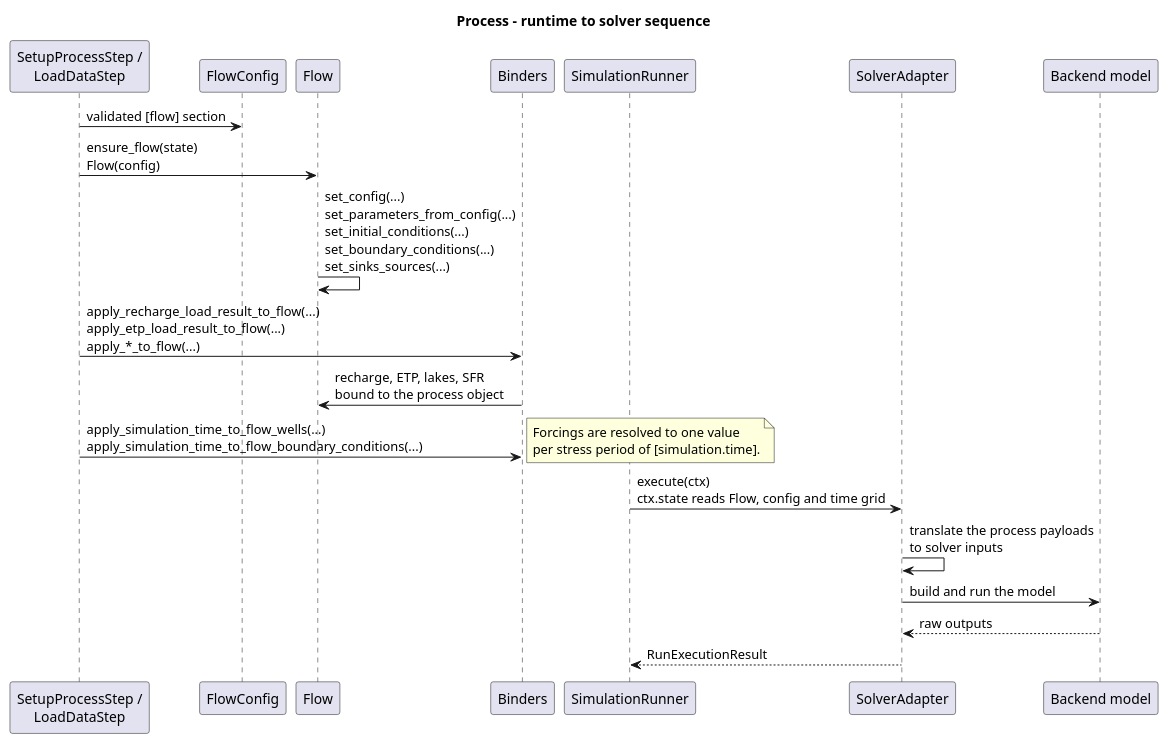
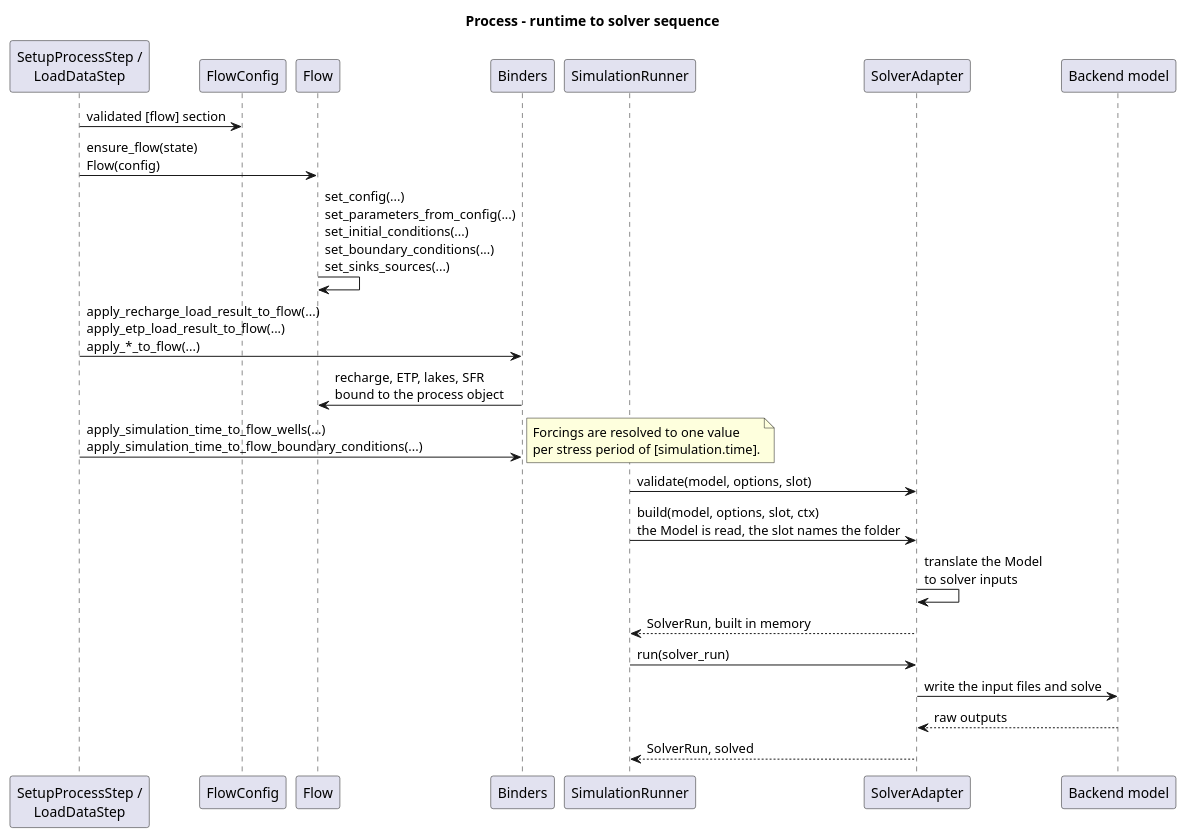
One commit to HydroModPy/HydroModPy changed the diagram in docs/source/contribute/architecture/process/diagrams/runtime_to_solver_sequence.wsd. Above: the diagram before and after it, drawn with PlantUML. The commit also changed 223 other files, not shown here.

Commit message:
feat(solver): put the three mesh backends on the adapter contract

```diff
--- a/docs/source/contribute/architecture/process/diagrams/runtime_to_solver_sequence.wsd
+++ b/docs/source/contribute/architecture/process/diagrams/runtime_to_solver_sequence.wsd
@@ -1,29 +1,32 @@
 @startuml
 title Process - runtime to solver sequence
 
 participant "SetupProcessStep /\nLoadDataStep" as Steps
 participant "FlowConfig" as FlowConfig
 participant "Flow" as Flow
 participant "Binders" as Binders
 participant "SimulationRunner" as Runner
 participant "SolverAdapter" as Adapter
 participant "Backend model" as Backend
 
 Steps -> FlowConfig: validated [flow] section
 Steps -> Flow: ensure_flow(state)\nFlow(config)
 Flow -> Flow: set_config(...)\nset_parameters_from_config(...)\nset_initial_conditions(...)\nset_boundary_conditions(...)\nset_sinks_sources(...)
 
 Steps -> Binders: apply_recharge_load_result_to_flow(...)\napply_etp_load_result_to_flow(...)\napply_*_to_flow(...)
 Binders -> Flow: recharge, ETP, lakes, SFR\nbound to the process object
 Steps -> Binders: apply_simulation_time_to_flow_wells(...)\napply_simulation_time_to_flow_boundary_conditions(...)
 note right
   Forcings are resolved to one value
   per stress period of [simulation.time].
 end note
 
-Runner -> Adapter: execute(ctx)\nctx.state reads Flow, config and time grid
-Adapter -> Adapter: translate the process payloads\nto solver inputs
-Adapter -> Backend: build and run the model
+Runner -> Adapter: validate(model, options, slot)
+Runner -> Adapter: build(model, options, slot, ctx)\nthe Model is read, the slot names the folder
+Adapter -> Adapter: translate the Model\nto solver inputs
+Adapter --> Runner: SolverRun, built in memory
+Runner -> Adapter: run(solver_run)
+Adapter -> Backend: write the input files and solve
 Backend --> Adapter: raw outputs
-Adapter --> Runner: RunExecutionResult
+Adapter --> Runner: SolverRun, solved
 @enduml
```
